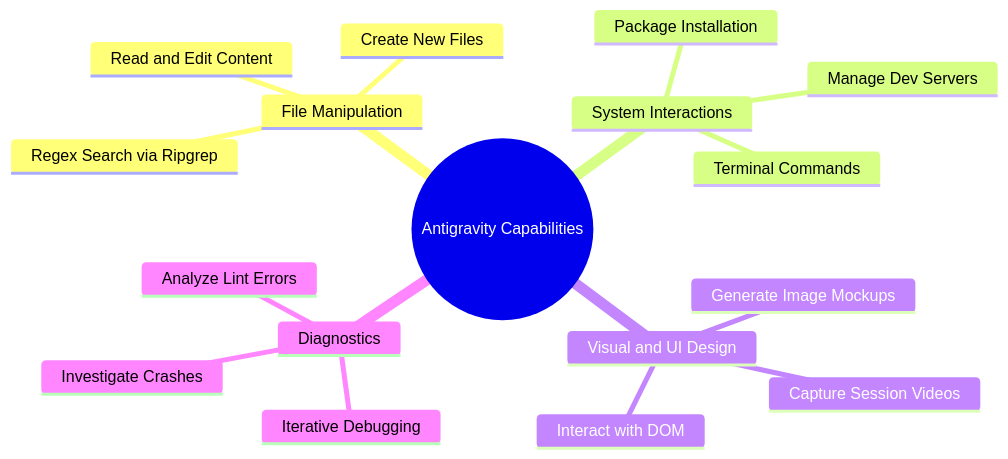
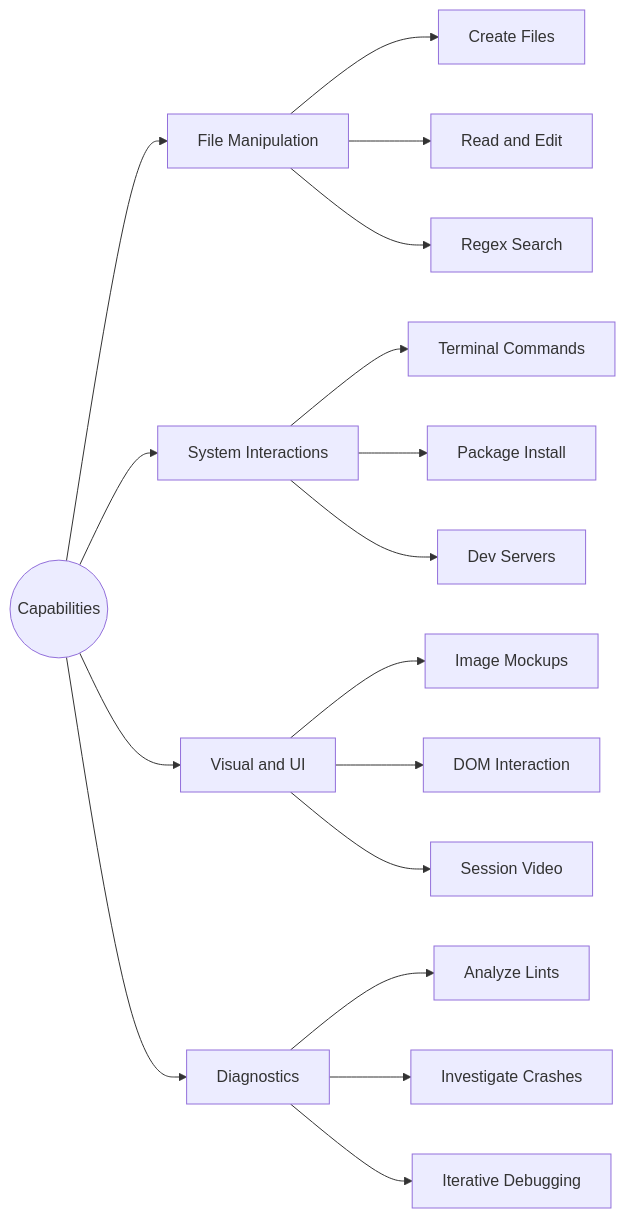
Before and after one commit to sinansoyalic-ai/Antigravity: the second of 4 diagrams in Antigravity101.md, drawn with Mermaid. The commit also changed other lines of this file, not shown here.

````diff
--- a/Antigravity101.md
+++ b/Antigravity101.md
@@ -52,20 +45,23 @@
 ```mermaid
-mindmap
-  root((Antigravity Capabilities))
-    File Manipulation
-      Create New Files
-      Read and Edit Content
-      Regex Search via Ripgrep
-    System Interactions
-      Terminal Commands
-      Package Installation
-      Manage Dev Servers
-    Visual and UI Design
-      Generate Image Mockups
-      Interact with DOM
-      Capture Session Videos
-    Diagnostics
-      Analyze Lint Errors
-      Investigate Crashes
-      Iterative Debugging
+graph LR
+    Root((Capabilities)) --> FM[File Manipulation]
+    Root --> SI[System Interactions]
+    Root --> VD[Visual and UI]
+    Root --> D[Diagnostics]
+    
+    FM --> F1[Create Files]
+    FM --> F2[Read and Edit]
+    FM --> F3[Regex Search]
+    
+    SI --> S1[Terminal Commands]
+    SI --> S2[Package Install]
+    SI --> S3[Dev Servers]
+    
+    VD --> V1[Image Mockups]
+    VD --> V2[DOM Interaction]
+    VD --> V3[Session Video]
+    
+    D --> D1[Analyze Lints]
+    D --> D2[Investigate Crashes]
+    D --> D3[Iterative Debugging]
 ```
````
